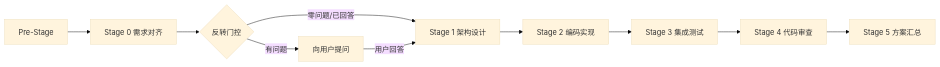
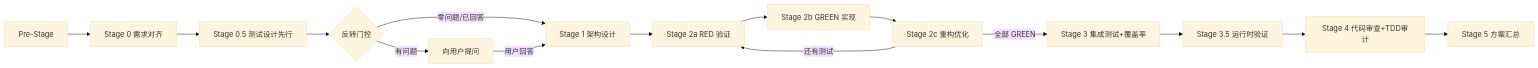
One commit to 1234567KF/FreeCoding changed the diagram in skills/kf-multi-team-compete/kf-multi-team-compete/pipeline.md. Above: the diagram before and after it, drawn with Mermaid (base theme). The commit also changed other lines of this file and 24 other files, not shown here.

````diff
--- a/skills/kf-multi-team-compete/kf-multi-team-compete/pipeline.md
+++ b/skills/kf-multi-team-compete/kf-multi-team-compete/pipeline.md
@@ -72,12 +79,17 @@
 ```mermaid
 graph LR
     PS[Pre-Stage] --> S0[Stage 0 需求对齐]
-    S0 --> IG{反转门控}
+    S0 --> S05[Stage 0.5 测试设计先行]
+    S05 --> IG{反转门控}
     IG -->|零问题/已回答| S1[Stage 1 架构设计]
     IG -->|有问题| Q[向用户提问]
     Q -->|用户回答| S1
-    S1 --> S2[Stage 2 编码实现]
-    S2 --> S3[Stage 3 集成测试]
-    S3 --> S4[Stage 4 代码审查]
+    S1 --> S2a[Stage 2a RED 验证]
+    S2a --> S2b[Stage 2b GREEN 实现]
+    S2b --> S2c[Stage 2c 重构优化]
+    S2c -->|还有测试| S2a
+    S2c -->|全部 GREEN| S3[Stage 3 集成测试+覆盖率]
+    S3 --> S35[Stage 3.5 运行时验证]
+    S35 --> S4[Stage 4 代码审查+TDD审计]
     S4 --> S5[Stage 5 方案汇总]
 ```
````
